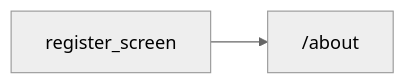
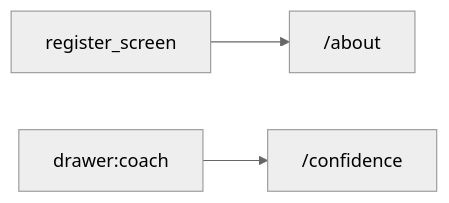
The diagram in .planning/architecture/themes/insights.md (MINT-IA/MINT), drawn with Mermaid (neutral theme) before and after one commit. The commit also changed other lines of this file and 7 other files, not shown here.

````diff
--- a/.planning/architecture/themes/insights.md
+++ b/.planning/architecture/themes/insights.md
@@ -32,4 +32,5 @@
 ```mermaid
 graph LR
   register_screen["register_screen"] --> _about["/about"]
+  drawer_coach["drawer:coach"] --> _confidence["/confidence"]
 ```
````
